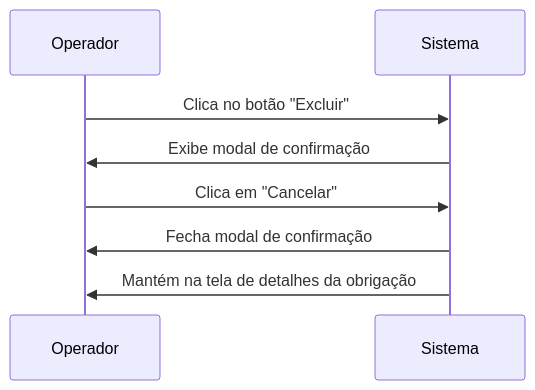
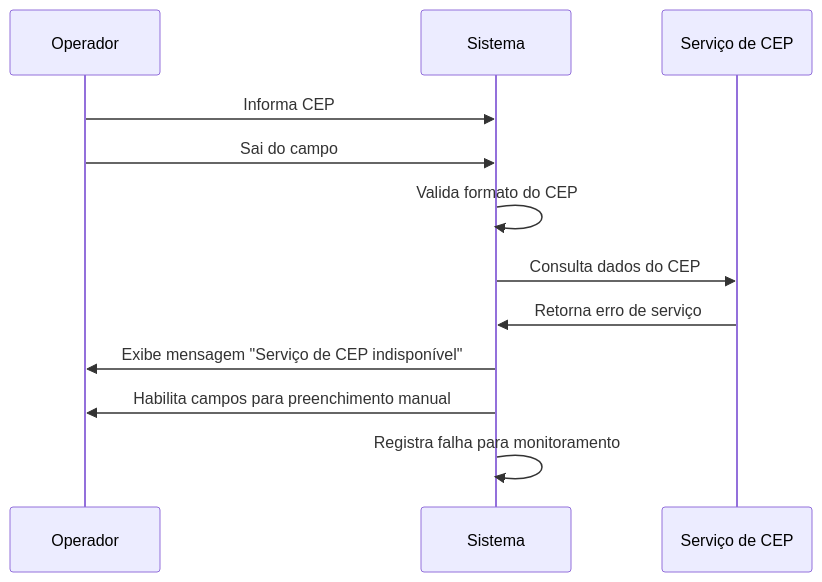
The fourth of 4 diagrams in Writerside/topics/RF14.md (Bomsalvez/quilombo-docs), drawn with Mermaid before and after one commit. The commit also changed other lines of this file and 34 other files, not shown here.

````diff
--- a/Writerside/topics/RF14.md
+++ b/Writerside/topics/RF14.md
@@ -122,11 +94,15 @@
 ```mermaid
 sequenceDiagram
     participant O as Operador
     participant S as Sistema
+    participant API as Serviço de CEP
     
-    O->>S: Clica no botão "Excluir"
-    S->>O: Exibe modal de confirmação
-    O->>S: Clica em "Cancelar"
-    S->>O: Fecha modal de confirmação
-    S->>O: Mantém na tela de detalhes da obrigação
+    O->>S: Informa CEP
+    O->>S: Sai do campo 
+    S->>S: Valida formato do CEP
+    S->>API: Consulta dados do CEP
+    API->>S: Retorna erro de serviço
+    S->>O: Exibe mensagem "Serviço de CEP indisponível"
+    S->>O: Habilita campos para preenchimento manual
+    S->>S: Registra falha para monitoramento
 ```
````
